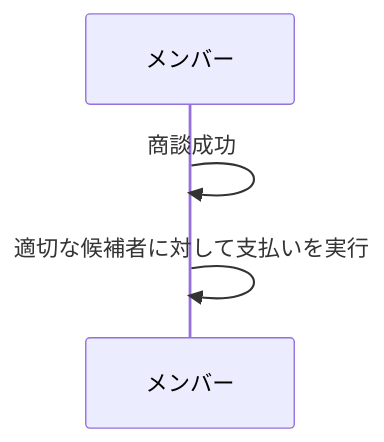
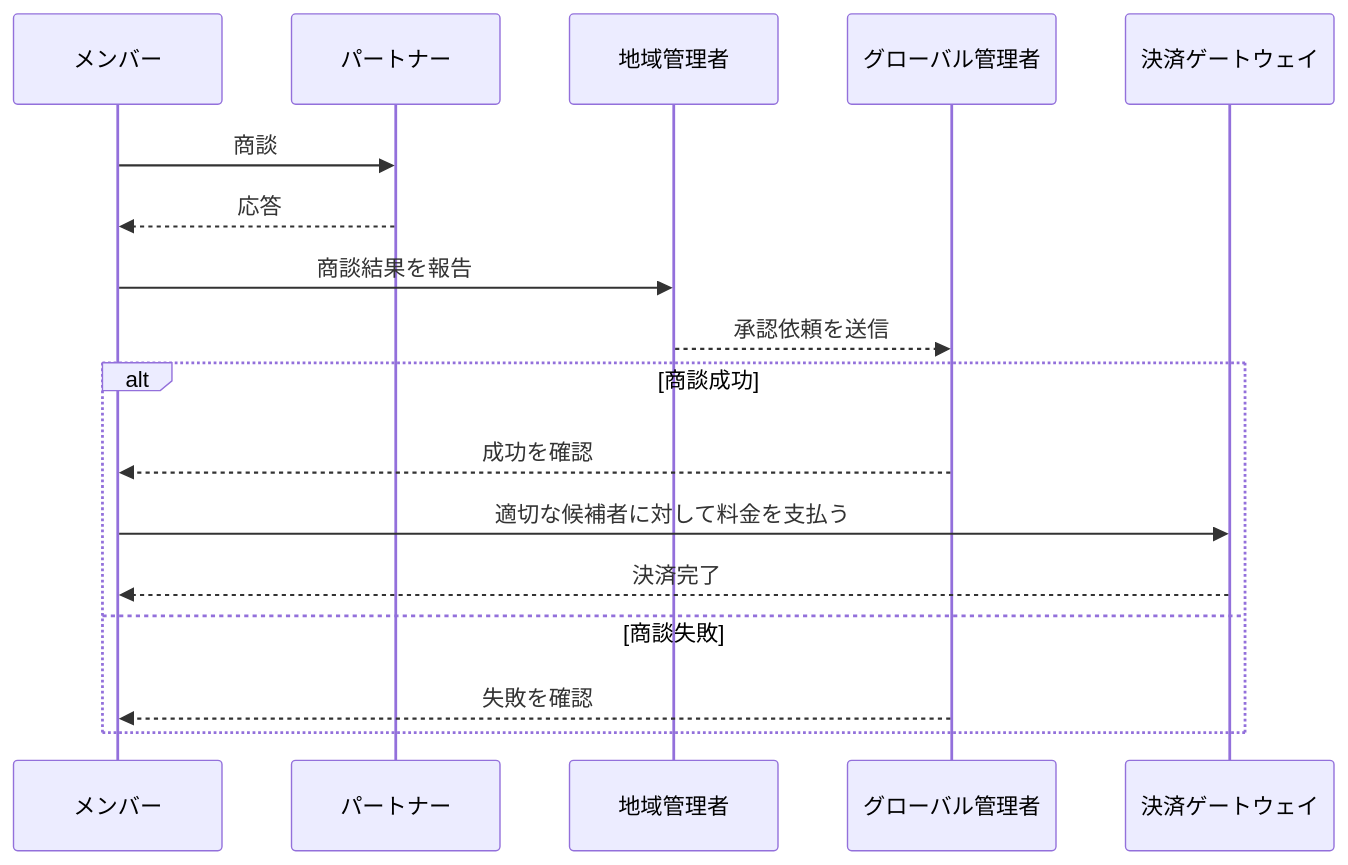
Before and after one commit to yopaz-tuanta/aloha-mermaid: the diagram in pay_jp.mmd, drawn with Mermaid. The commit also changed 1 other file, not shown here.

Commit message:
fix pay chart

```diff
--- a/pay_jp.mmd
+++ b/pay_jp.mmd
@@ -1,5 +1,20 @@
 sequenceDiagram
     participant M as メンバー
+    participant P as パートナー
+    participant CA as 地域管理者
+    participant GA as グローバル管理者
+    participant Pay as 決済ゲートウェイ
 
-    M->>M: 商談成功
-    M->>M: 適切な候補者に対して支払いを実行
+    M->>P: 商談
+    P-->>M: 応答
+
+    M->>CA: 商談結果を報告
+    CA-->>GA: 承認依頼を送信
+
+    alt 商談成功
+        GA-->>M: 成功を確認
+        M->>Pay: 適切な候補者に対して料金を支払う
+        Pay-->>M: 決済完了
+    else 商談失敗
+        GA-->>M: 失敗を確認
+    end
```
